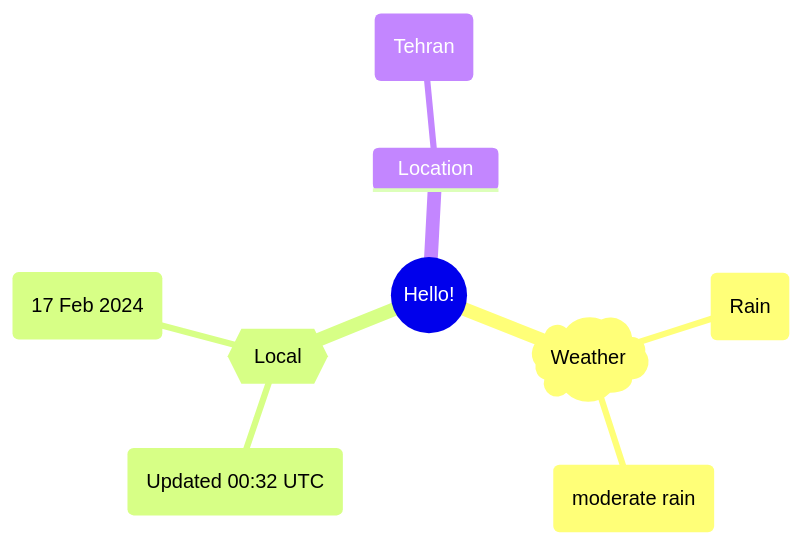
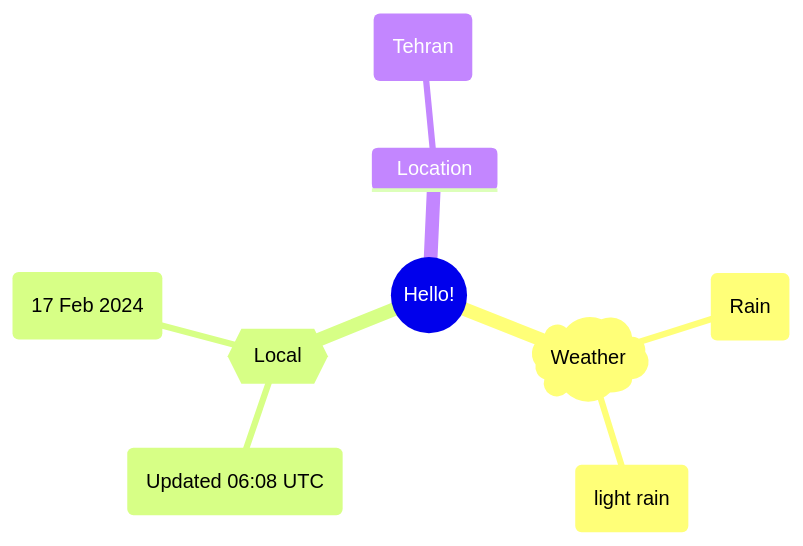
The first of 2 diagrams in README.md (Xosrov/Xosrov), drawn with Mermaid before and after one commit.

Commit message:
[bot] updated images

````diff
--- a/README.md
+++ b/README.md
@@ -3,12 +3,12 @@
 ```mermaid
 mindmap
   root((Hello!))
     )Weather(
         (Rain)
-        (moderate rain)
+        (light rain)
     {{Local}}
-        (Updated 00:32 UTC)
+        (Updated 06:08 UTC)
         (17 Feb 2024)
     Location
         (Tehran)
 ```
````
